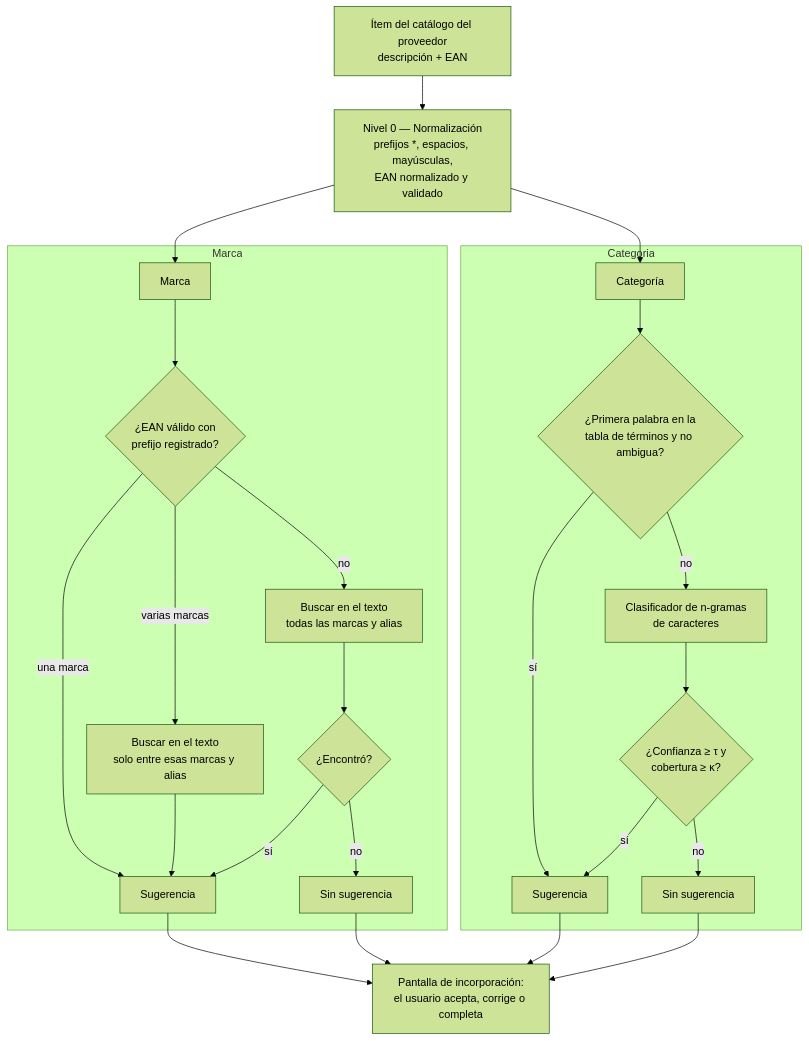
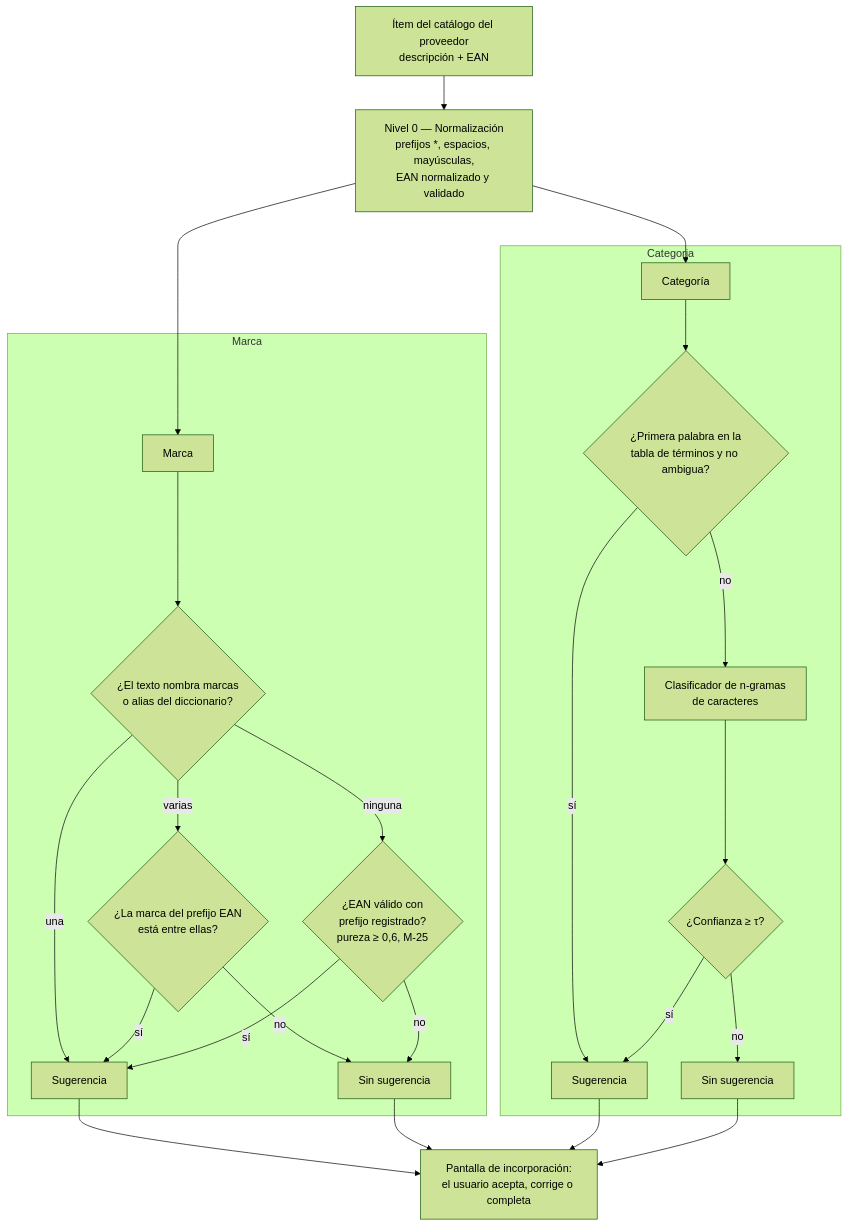
The first of 3 diagrams in docs/roadmap/etapa-6-track-6.6-catalogacion-inteligente.md (lucaskruzolek/retail), drawn with Mermaid (forest theme) before and after one commit. The commit also changed other lines of this file and 1 other file, not shown here.

First line of the commit message:
docs(catalogacion): resultados de la Fase 2 del Track 6.6 (M-22 a M-25) y handoff

````diff
--- a/docs/roadmap/etapa-6-track-6.6-catalogacion-inteligente.md
+++ b/docs/roadmap/etapa-6-track-6.6-catalogacion-inteligente.md
@@ -78,31 +78,31 @@
 ```mermaid
 flowchart TD
     E[Ítem del catálogo del proveedor<br/>descripción + EAN] --> N0[Nivel 0 — Normalización<br/>prefijos *, espacios, mayúsculas,<br/>EAN normalizado y validado]
     N0 --> MA[Marca]
     N0 --> CA[Categoría]
 
     subgraph Marca
-        MA --> M1{¿EAN válido con<br/>prefijo registrado?}
-        M1 -- una marca --> MOK[Sugerencia]
-        M1 -- varias marcas --> M2[Buscar en el texto<br/>solo entre esas marcas y alias]
-        M1 -- no --> M3[Buscar en el texto<br/>todas las marcas y alias]
-        M2 --> MOK
-        M3 --> M4{¿Encontró?}
-        M4 -- sí --> MOK
-        M4 -- no --> MSM[Sin sugerencia]
+        MA --> M1{¿El texto nombra marcas<br/>o alias del diccionario?}
+        M1 -- una --> MOK[Sugerencia]
+        M1 -- varias --> M2{¿La marca del prefijo EAN<br/>está entre ellas?}
+        M2 -- sí --> MOK
+        M2 -- no --> MSM[Sin sugerencia]
+        M1 -- ninguna --> M3{¿EAN válido con<br/>prefijo registrado?<br/>pureza ≥ 0,6, M-25}
+        M3 -- sí --> MOK
+        M3 -- no --> MSM
     end
 
     subgraph Categoria
         CA --> C1{¿Primera palabra en la<br/>tabla de términos y no ambigua?}
         C1 -- sí --> COK[Sugerencia]
         C1 -- no --> C2[Clasificador de n-gramas<br/>de caracteres]
-        C2 --> C3{¿Confianza ≥ τ y<br/>cobertura ≥ κ?}
+        C2 --> C3{¿Confianza ≥ τ?}
         C3 -- sí --> COK
         C3 -- no --> CSM[Sin sugerencia]
     end
 
     MOK --> R[Pantalla de incorporación:<br/>el usuario acepta, corrige o completa]
     MSM --> R
     COK --> R
     CSM --> R
 ```
````
